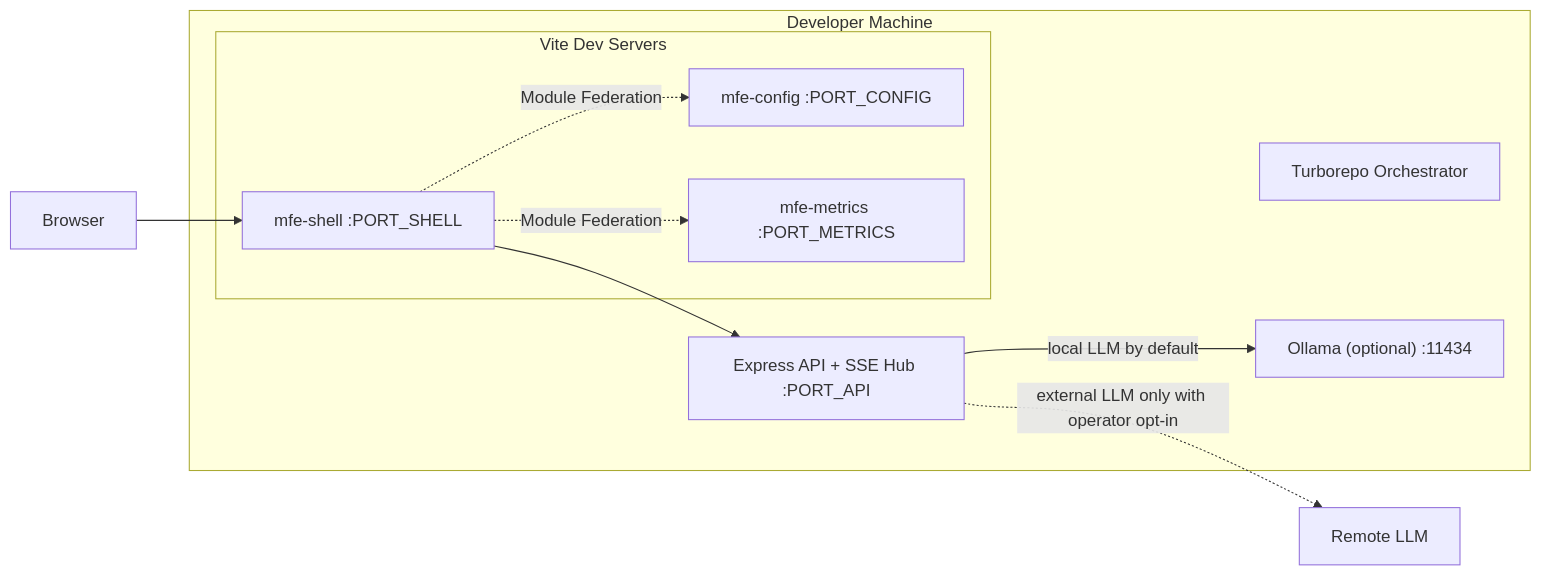
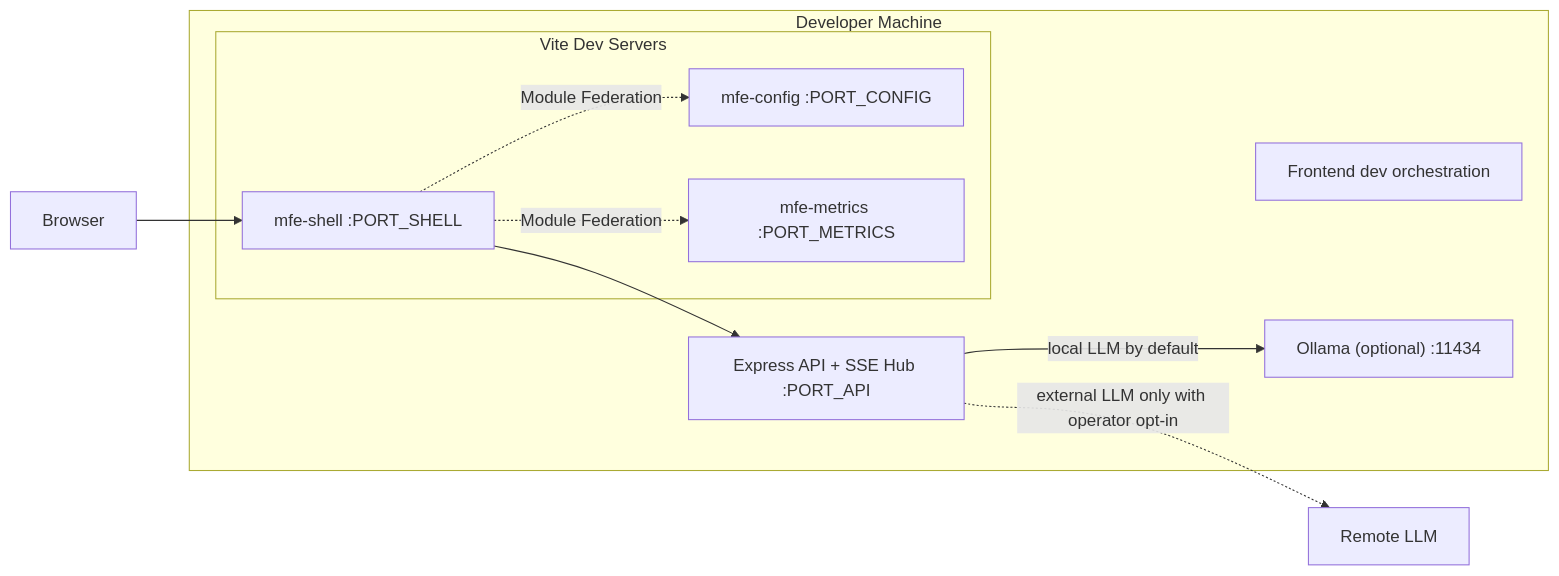
Before and after one commit to anavasm/sentinel-sdd: the diagram in docs/asd/07-infrastructure.md, drawn with Mermaid. The commit also changed other lines of this file and 23 other files, not shown here.

Commit message:
docs: align architecture and contracts with implementation

````diff
--- a/docs/asd/07-infrastructure.md
+++ b/docs/asd/07-infrastructure.md
@@ -15,19 +15,19 @@
 ```mermaid
 graph LR
     subgraph DevMachine ["Developer Machine"]
-        Turbo["Turborepo Orchestrator"]
+        FrontendDev["Frontend dev orchestration"]
         subgraph Vite ["Vite Dev Servers"]
             ShellDev["mfe-shell :PORT_SHELL"]
             ConfigDev["mfe-config :PORT_CONFIG"]
             MetricsDev["mfe-metrics :PORT_METRICS"]
         end
         Api["Express API + SSE Hub :PORT_API"]
         Ollama["Ollama (optional) :11434"]
     end
     Browser["Browser"] --> ShellDev
     ShellDev -.->|Module Federation| ConfigDev
     ShellDev -.->|Module Federation| MetricsDev
     ShellDev --> Api
     Api -->|local LLM by default| Ollama
     Api -.->|external LLM only with operator opt-in| RemoteLlm[Remote LLM]
 ```
````
